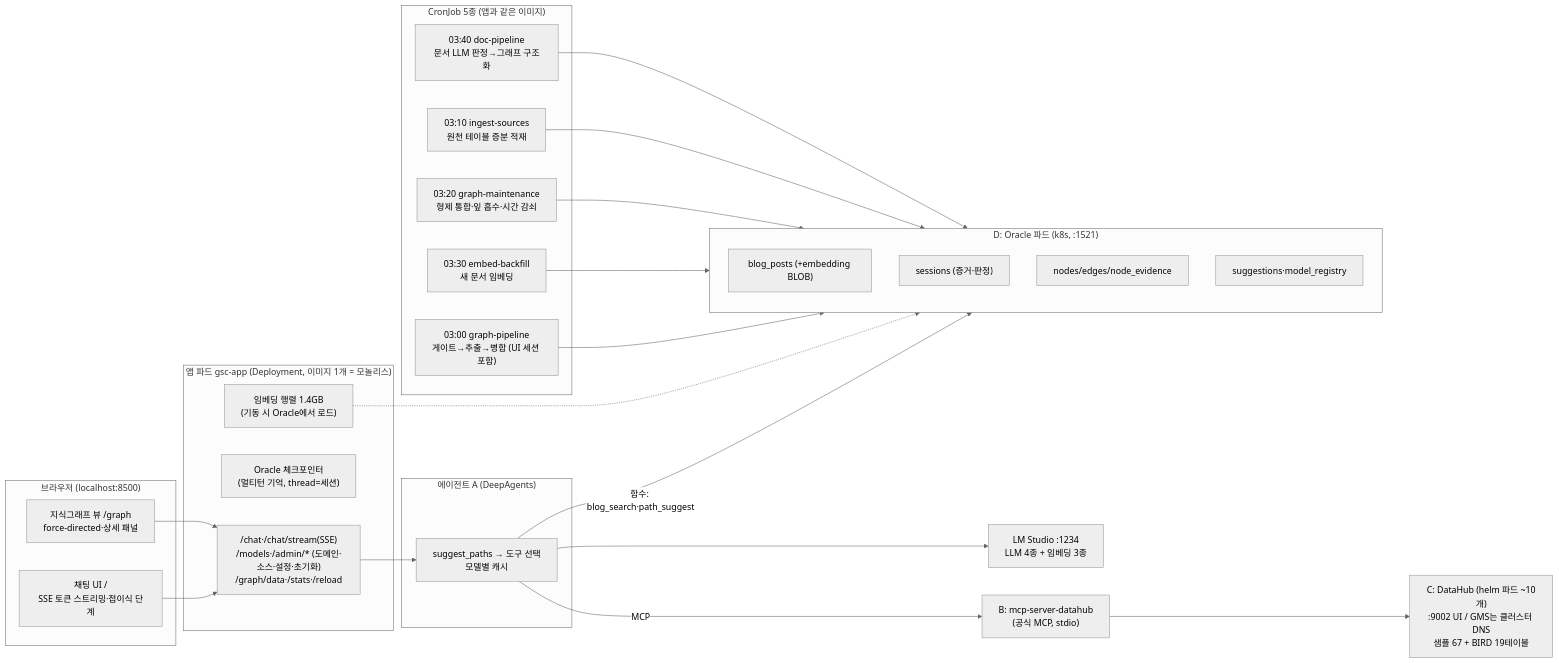
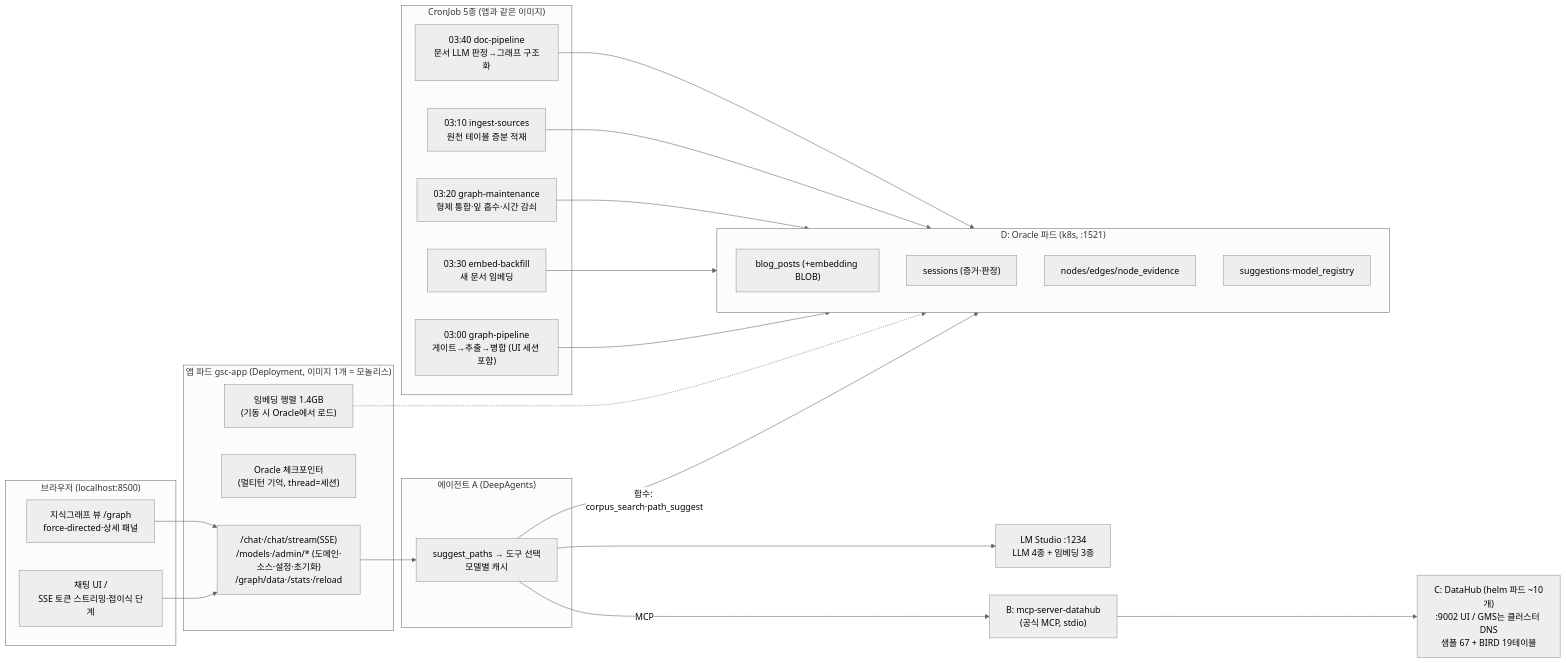
Before and after one commit to catinbox276/graph-search-chat: the diagram in docs/implementation.md, drawn with Mermaid (neutral theme). The commit also changed other lines of this file and 24 other files, not shown here.

Commit message:
라우터 분리 + corpus_search 개명

````diff
--- a/docs/implementation.md
+++ b/docs/implementation.md
@@ -10,38 +10,38 @@
 ```mermaid
 flowchart LR
     subgraph browser["브라우저 (localhost:8500)"]
         UI["채팅 UI /<br/>SSE 토큰 스트리밍·접이식 단계"]
         GV["지식그래프 뷰 /graph<br/>force-directed·상세 패널"]
     end
     subgraph srv["앱 파드 gsc-app (Deployment, 이미지 1개 = 모놀리스)"]
         API["/chat·/chat/stream(SSE)<br/>/models·/admin/* (도메인·소스·설정·초기화)<br/>/graph/data·/stats·/reload"]
         MEM["Oracle 체크포인터<br/>(멀티턴 기억, thread=세션)"]
         MTX["임베딩 행렬 1.4GB<br/>(기동 시 Oracle에서 로드)"]
     end
     subgraph agentbox["에이전트 A (DeepAgents)"]
         AG["suggest_paths → 도구 선택<br/>모델별 캐시"]
     end
     LMS["LM Studio :1234<br/>LLM 4종 + 임베딩 3종"]
     subgraph ora["D: Oracle 파드 (k8s, :1521)"]
         T1["blog_posts (+embedding BLOB)"]
         T2["sessions (증거·판정)"]
         T3["nodes/edges/node_evidence"]
         T4["suggestions·model_registry"]
     end
     DH["C: DataHub (helm 파드 ~10개)<br/>:9002 UI / GMS는 클러스터 DNS<br/>샘플 67 + BIRD 19테이블"]
     MCP["B: mcp-server-datahub<br/>(공식 MCP, stdio)"]
     UI & GV --> API
     API --> AG
-    AG -->|"함수: blog_search·path_suggest"| ora
+    AG -->|"함수: corpus_search·path_suggest"| ora
     AG -->|MCP| MCP --> DH
     AG --> LMS
     MTX -.-> ora
     subgraph batch["CronJob 5종 (앱과 같은 이미지)"]
         P2["03:00 graph-pipeline<br/>게이트→추출→병합 (UI 세션 포함)"]
         P5["03:10 ingest-sources<br/>원천 테이블 증분 적재"]
         P4["03:20 graph-maintenance<br/>형제 통합·잎 흡수·시간 감쇠"]
         P3["03:30 embed-backfill<br/>새 문서 임베딩"]
         P6["03:40 doc-pipeline<br/>문서 LLM 판정→그래프 구조화"]
     end
     P2 & P3 & P4 & P5 & P6 --> ora
 ```
````
